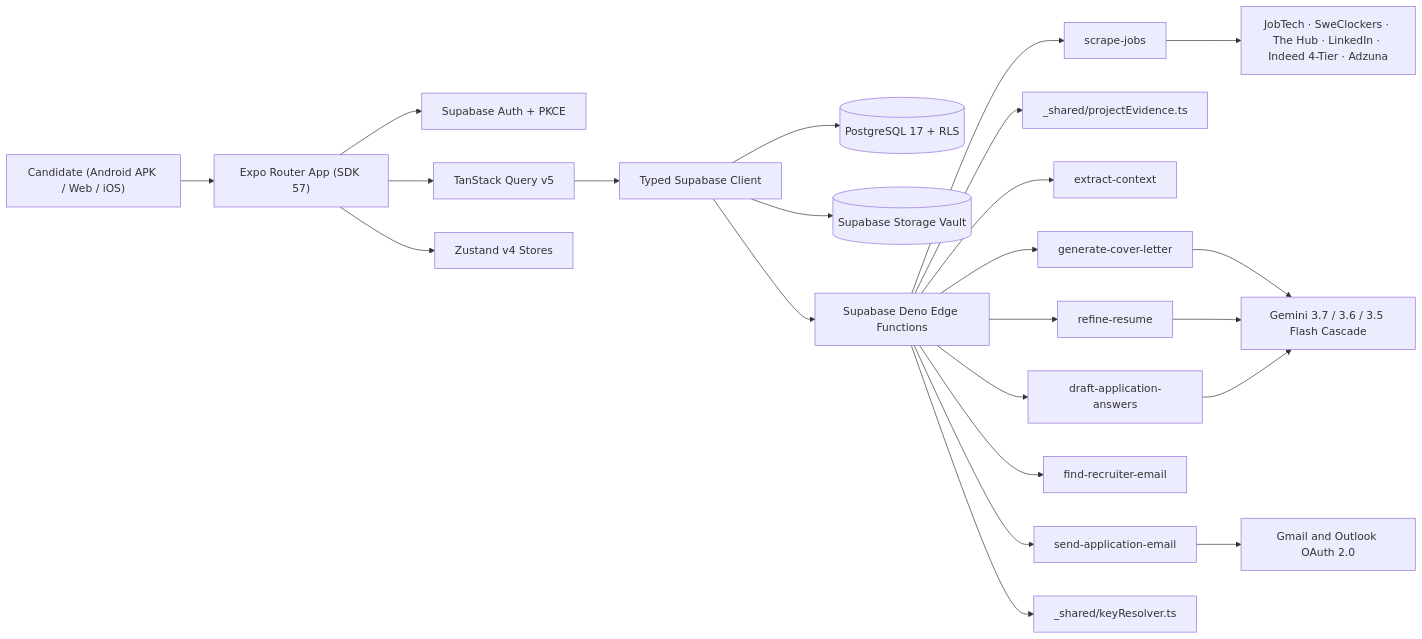
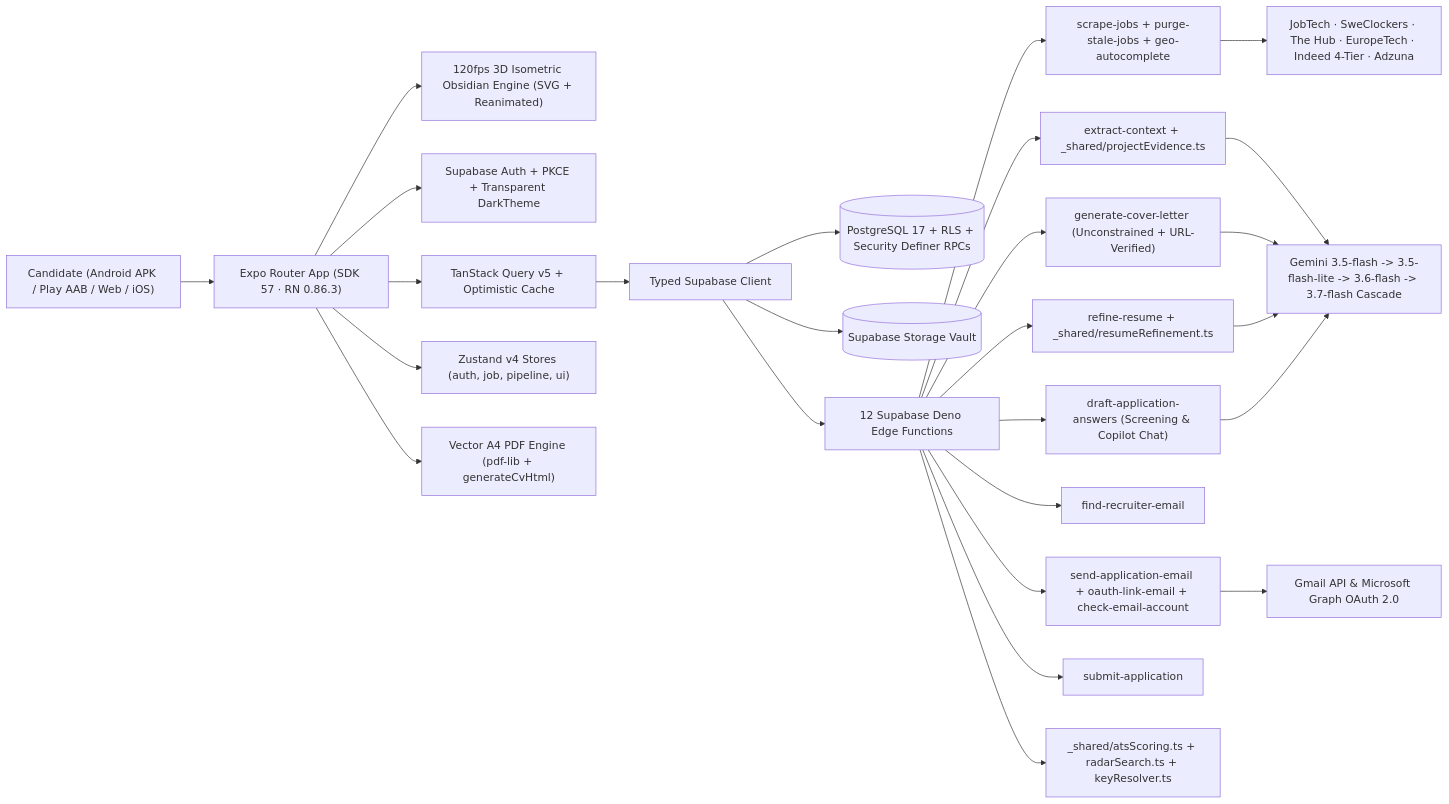
Before and after one commit to AlexBuildsLTS/OpusHunter-Release: the fourth of 4 diagrams in README.md, drawn with Mermaid. The commit also changed other lines of this file, not shown here.

````diff
--- a/README.md
+++ b/README.md
@@ -445,27 +378,30 @@
 ```mermaid
 flowchart LR
-  User["Candidate (Android APK / Web / iOS)"] --> App["Expo Router App (SDK 57)"]
-  App --> Auth["Supabase Auth + PKCE"]
-  App --> Query["TanStack Query v5"]
-  App --> Store["Zustand v4 Stores"]
+  User["Candidate (Android APK / Play AAB / Web / iOS)"] --> App["Expo Router App (SDK 57 · RN 0.86.3)"]
+  App --> Ambient["120fps 3D Isometric Obsidian Engine (SVG + Reanimated)"]
+  App --> Auth["Supabase Auth + PKCE + Transparent DarkTheme"]
+  App --> Query["TanStack Query v5 + Optimistic Cache"]
+  App --> Store["Zustand v4 Stores (auth, job, pipeline, ui)"]
+  App --> PDF["Vector A4 PDF Engine (pdf-lib + generateCvHtml)"]
   Query --> API["Typed Supabase Client"]
-  API --> DB[("PostgreSQL 17 + RLS")]
+  API --> DB[("PostgreSQL 17 + RLS + Security Definer RPCs")]
   API --> Storage[("Supabase Storage Vault")]
-  API --> Functions["Supabase Deno Edge Functions"]
+  API --> Functions["12 Supabase Deno Edge Functions"]
 
-  Functions --> Scrape["scrape-jobs"]
-  Functions --> Evidence["_shared/projectEvidence.ts"]
-  Functions --> Context["extract-context"]
-  Functions --> Letter["generate-cover-letter"]
-  Functions --> Refine["refine-resume"]
-  Functions --> Answers["draft-application-answers"]
+  Functions --> Scrape["scrape-jobs + purge-stale-jobs + geo-autocomplete"]
+  Functions --> Context["extract-context + _shared/projectEvidence.ts"]
+  Functions --> Letter["generate-cover-letter (Unconstrained + URL-Verified)"]
+  Functions --> Refine["refine-resume + _shared/resumeRefinement.ts"]
+  Functions --> Answers["draft-application-answers (Screening & Copilot Chat)"]
   Functions --> Recruiter["find-recruiter-email"]
-  Functions --> Email["send-application-email"]
-  Functions --> Keys["_shared/keyResolver.ts"]
+  Functions --> Email["send-application-email + oauth-link-email + check-email-account"]
+  Functions --> Submit["submit-application"]
+  Functions --> Shared["_shared/atsScoring.ts + radarSearch.ts + keyResolver.ts"]
 
-  Scrape --> Providers["JobTech · SweClockers · The Hub · LinkedIn · Indeed 4-Tier · Adzuna"]
-  Letter --> AI["Gemini 3.7 / 3.6 / 3.5 Flash Cascade"]
+  Scrape --> Providers["JobTech · SweClockers · The Hub · EuropeTech · Indeed 4-Tier · Adzuna"]
+  Context --> AI["Gemini 3.5-flash -> 3.5-flash-lite -> 3.6-flash -> 3.7-flash Cascade"]
+  Letter --> AI
   Refine --> AI
   Answers --> AI
-  Email --> Mail["Gmail and Outlook OAuth 2.0"]
+  Email --> Mail["Gmail API & Microsoft Graph OAuth 2.0"]
 ```
````
